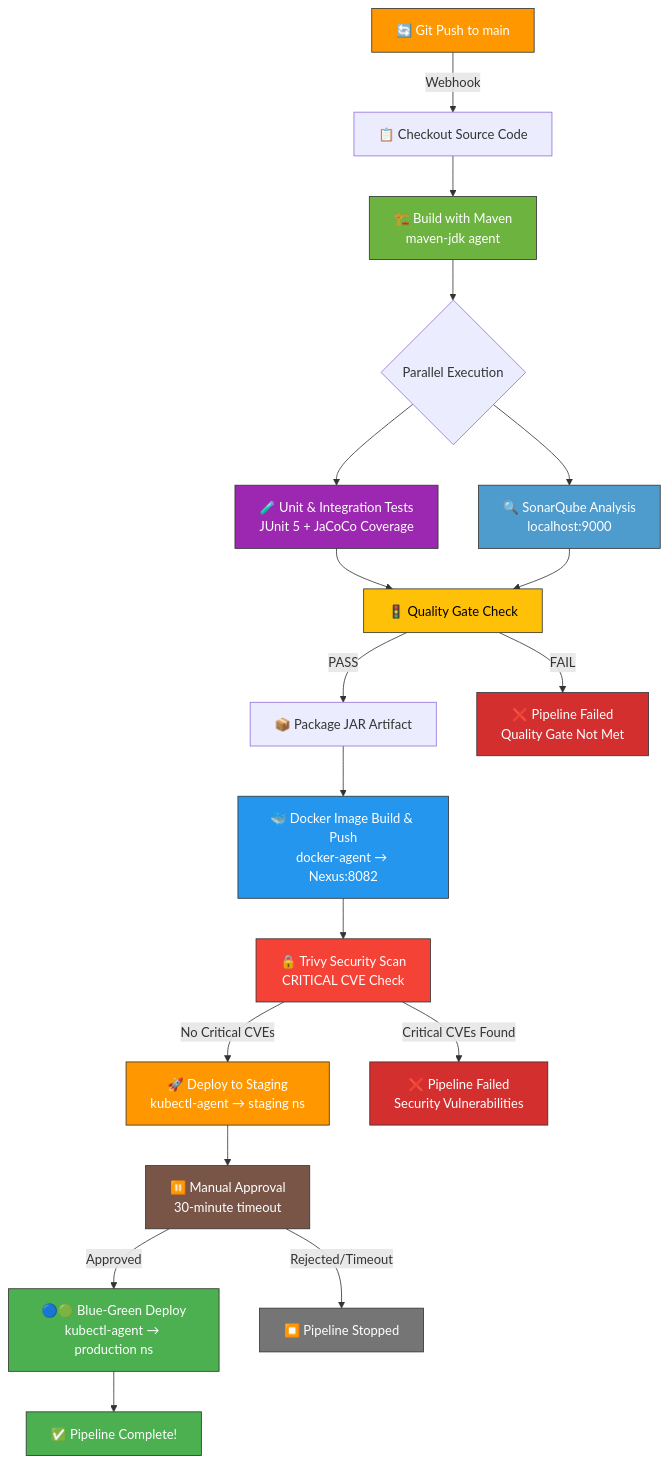
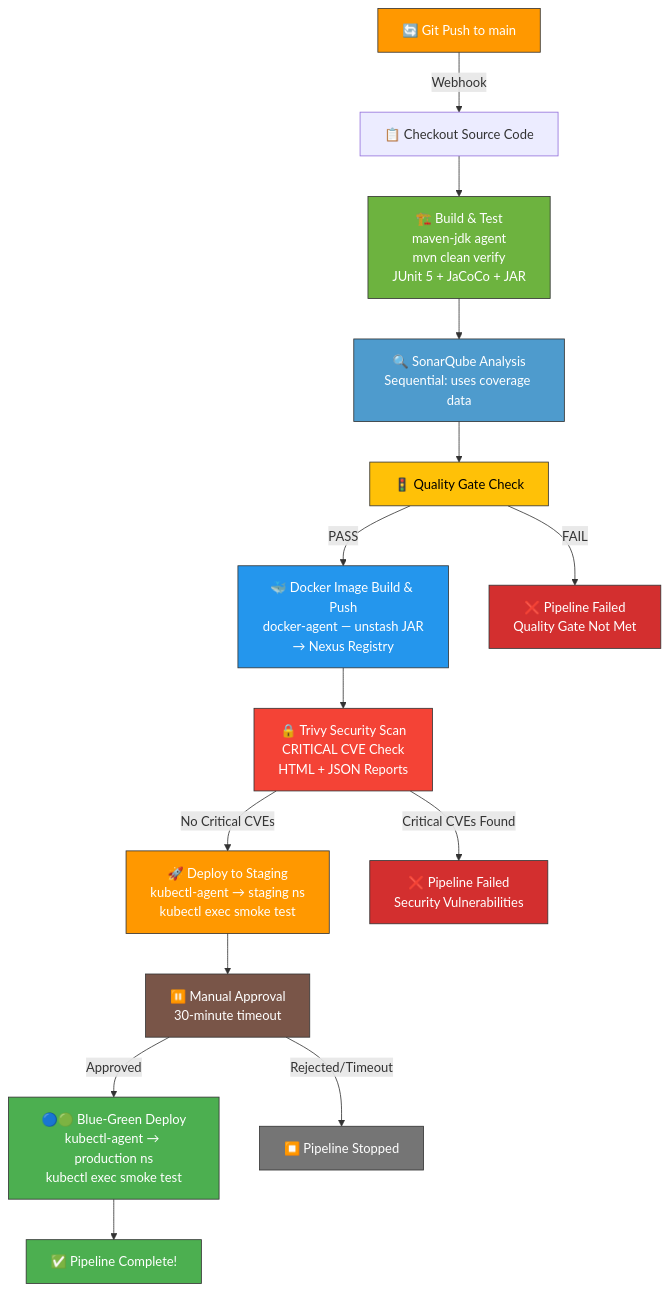
Before and after one commit to raghavendra2006/Dynamic-CI-CD-Pipeline: the second of 4 diagrams in architecture-diagram.md, drawn with Mermaid. The commit also changed 1 other file, not shown here.

Commit message:
docs: Align README and architecture diagram with hardened sequential pipeline flow

````diff
--- a/architecture-diagram.md
+++ b/architecture-diagram.md
@@ -77,44 +77,38 @@
 ```mermaid
 flowchart TD
     A[🔄 Git Push to main] -->|Webhook| B[📋 Checkout Source Code]
-    B --> C[🏗️ Build with Maven<br/>maven-jdk agent]
-    C --> D{Parallel Execution}
+    B --> C[🏗️ Build & Test<br/>maven-jdk agent<br/>mvn clean verify<br/>JUnit 5 + JaCoCo + JAR]
     
-    D --> E[🧪 Unit & Integration Tests<br/>JUnit 5 + JaCoCo Coverage]
-    D --> F[🔍 SonarQube Analysis<br/>localhost:9000]
+    C --> F[🔍 SonarQube Analysis<br/>Sequential: uses coverage data]
     
-    E --> G[🚦 Quality Gate Check]
-    F --> G
+    F --> G[🚦 Quality Gate Check]
     
-    G -->|PASS| H[📦 Package JAR Artifact]
+    G -->|PASS| I[🐳 Docker Image Build & Push<br/>docker-agent — unstash JAR<br/>→ Nexus Registry]
     G -->|FAIL| X[❌ Pipeline Failed<br/>Quality Gate Not Met]
     
-    H --> I[🐳 Docker Image Build & Push<br/>docker-agent → Nexus:8082]
+    I --> J[🔒 Trivy Security Scan<br/>CRITICAL CVE Check<br/>HTML + JSON Reports]
     
-    I --> J[🔒 Trivy Security Scan<br/>CRITICAL CVE Check]
-    
-    J -->|No Critical CVEs| K[🚀 Deploy to Staging<br/>kubectl-agent → staging ns]
+    J -->|No Critical CVEs| K[🚀 Deploy to Staging<br/>kubectl-agent → staging ns<br/>kubectl exec smoke test]
     J -->|Critical CVEs Found| Y[❌ Pipeline Failed<br/>Security Vulnerabilities]
     
     K --> L[⏸️ Manual Approval<br/>30-minute timeout]
     
-    L -->|Approved| M[🔵🟢 Blue-Green Deploy<br/>kubectl-agent → production ns]
+    L -->|Approved| M[🔵🟢 Blue-Green Deploy<br/>kubectl-agent → production ns<br/>kubectl exec smoke test]
     L -->|Rejected/Timeout| Z[⏹️ Pipeline Stopped]
     
     M --> N[✅ Pipeline Complete!]
 
     style A fill:#FF9800,stroke:#333,color:#fff
     style C fill:#6DB33F,stroke:#333,color:#fff
-    style E fill:#9C27B0,stroke:#333,color:#fff
     style F fill:#4E9BCD,stroke:#333,color:#fff
     style G fill:#FFC107,stroke:#333,color:#000
     style I fill:#2496ED,stroke:#333,color:#fff
     style J fill:#F44336,stroke:#333,color:#fff
     style K fill:#FF9800,stroke:#333,color:#fff
     style L fill:#795548,stroke:#333,color:#fff
     style M fill:#4CAF50,stroke:#333,color:#fff
     style N fill:#4CAF50,stroke:#333,color:#fff
     style X fill:#D32F2F,stroke:#333,color:#fff
     style Y fill:#D32F2F,stroke:#333,color:#fff
     style Z fill:#757575,stroke:#333,color:#fff
 ```
````
